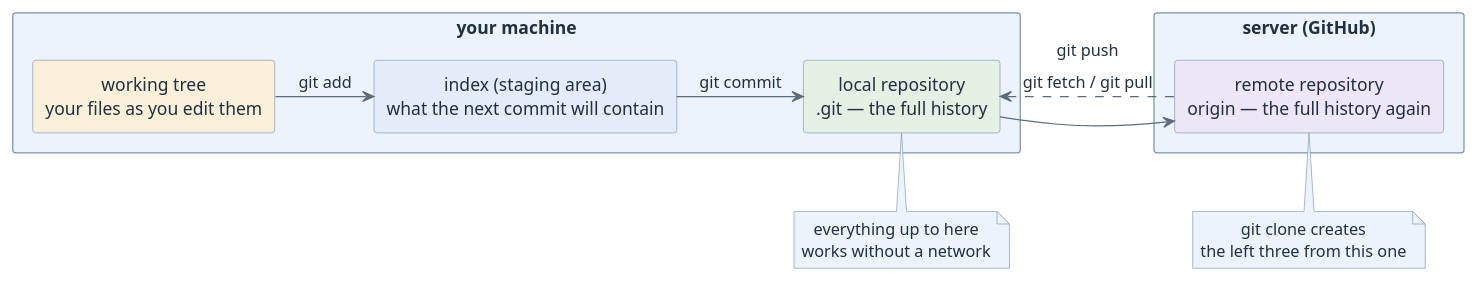
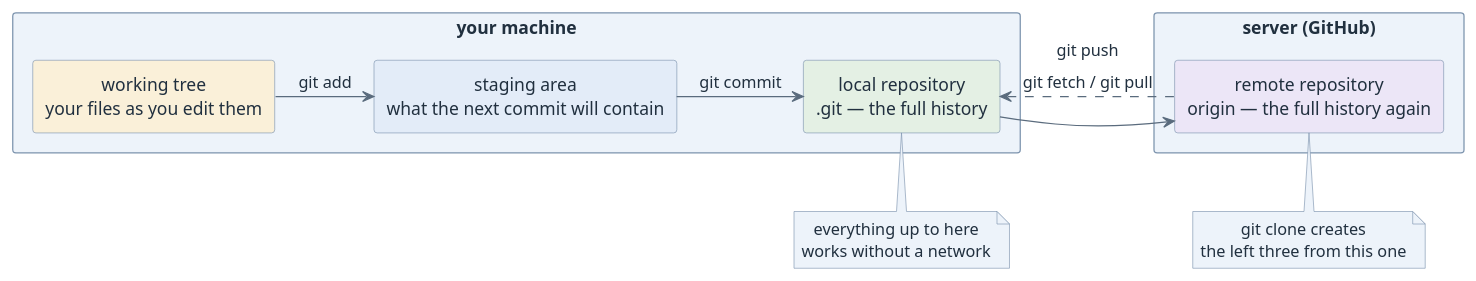
The third of 9 diagrams in modules/git-basics/index.adoc (htl-leonding-college/curriculum-syp3), drawn with PlantUML before and after one commit. The commit also changed other lines of this file and 2 other files, not shown here.

First line of the commit message:
docs(curriculum): call the index the staging area

```diff
--- a/modules/git-basics/index.adoc
+++ b/modules/git-basics/index.adoc
@@ -125,29 +125,29 @@
 [plantuml,git-architecture,svg]
 ----
 @startuml
 <style>
 element { BackgroundColor #EDF3FA; LineColor #7C93AD; FontColor #21303F }
 arrow { LineColor #5A6B7D; FontColor #21303F }
 </style>
 skinparam shadowing false
 skinparam defaultTextAlignment center
 
 rectangle "your machine" {
   rectangle "working tree\nyour files as you edit them" as W #FAF0D9
-  rectangle "index (staging area)\nwhat the next commit will contain" as I #E3ECF8
+  rectangle "staging area\nwhat the next commit will contain" as I #E3ECF8
   rectangle "local repository\n.git — the full history" as L #E4F0E4
 }
 
 rectangle "server (GitHub)" {
   rectangle "remote repository\norigin — the full history again" as R #ECE6F7
 }
 
 W -right-> I : git add
 I -right-> L : git commit
 L -right-> R : git push
 R -[dashed]left-> L : git fetch / git pull
 
 note bottom of L : everything up to here\nworks without a network
 note bottom of R : git clone creates\nthe left three from this one
 @enduml
 ----
```
